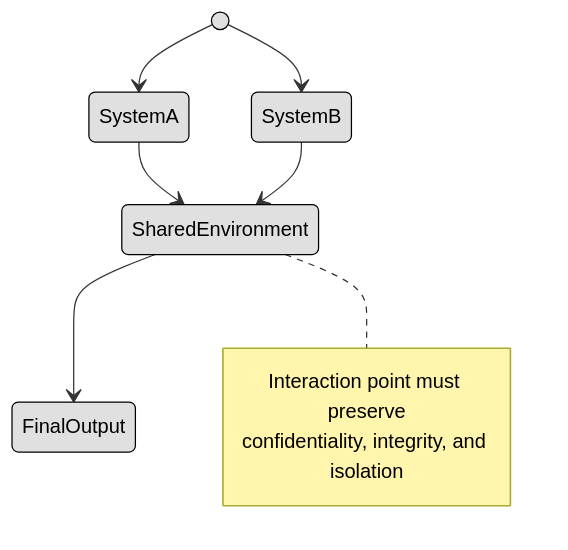
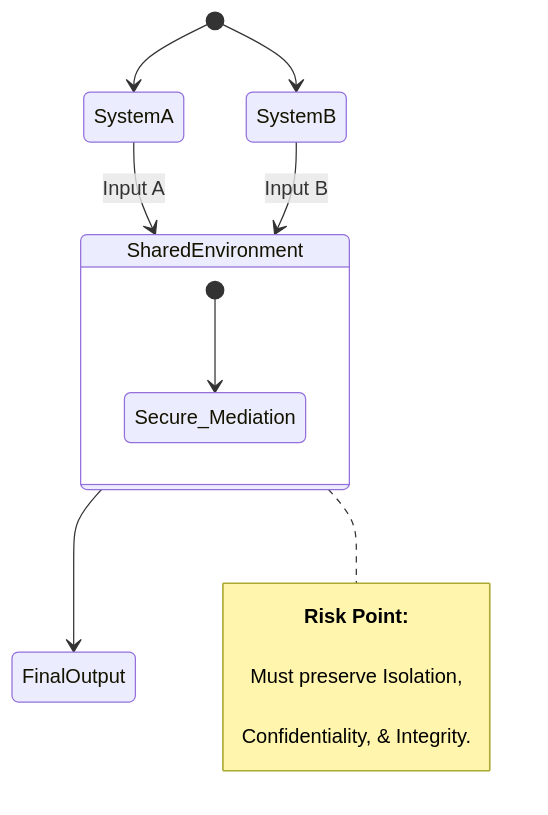
Before and after one commit to lorenzoleonelli/CISSP-Zero-to-Hero: the fourth of 15 diagrams in DOMAIN3: Security Architecture and Engineering/3.02 Understand the fundamental concepts of security models (e.g. Biba, Star Model, Bell Lapadula).md, drawn with Mermaid. The commit also changed other lines of this file, not shown here.

````diff
--- a/DOMAIN3: Security Architecture and Engineering/3.02 Understand the fundamental concepts of security models (e.g. Biba, Star Model, Bell Lapadula).md
+++ b/DOMAIN3: Security Architecture and Engineering/3.02 Understand the fundamental concepts of security models (e.g. Biba, Star Model, Bell Lapadula).md
@@ -72,17 +81,22 @@
 ```mermaid
 stateDiagram-v2
+    direction TB
+
+    state SharedEnvironment {
+        [*] --> Secure_Mediation
+    }
+
     [*] --> SystemA
     [*] --> SystemB
-    SystemA --> SharedEnvironment
-    SystemB --> SharedEnvironment
+    
+    SystemA --> SharedEnvironment : Input A
+    SystemB --> SharedEnvironment : Input B
+    
     SharedEnvironment --> FinalOutput
 
     note right of SharedEnvironment
-      Interaction point must preserve
-      confidentiality, integrity, and isolation
+        <b>Risk Point:</b>
+        <br/>Must preserve Isolation,
+        <br/>Confidentiality, & Integrity.
     end note
-
-
-    classDef center fill:#ffffff,color:#000000,stroke:#000000,stroke-width:1px,font-weight:bold
-    classDef node fill:#e0e0e0,color:#000000,stroke:#000000,stroke-width:1px
 ```
````
